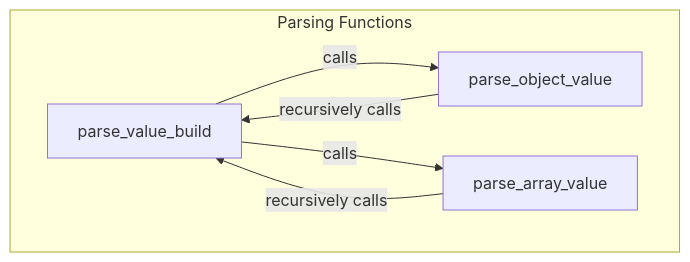
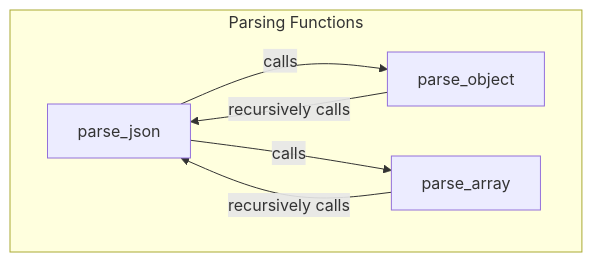
Before and after one commit to default-writer/c-json-parser: the diagram in call_graph.mmd, drawn with Mermaid. The commit also changed 17 other files, not shown here.

```diff
--- a/call_graph.mmd
+++ b/call_graph.mmd
@@ -1,11 +1,11 @@
 graph TD
     subgraph "Parsing Functions"
-        parse_value_build["parse_value_build"]
-        parse_object_value["parse_object_value"]
-        parse_array_value["parse_array_value"]
+        parse_json["parse_json"]
+        parse_object["parse_object"]
+        parse_array["parse_array"]
     end
 
-    parse_value_build -- calls --> parse_object_value;
-    parse_value_build -- calls --> parse_array_value;
-    parse_object_value -- recursively calls --> parse_value_build;
-    parse_array_value -- recursively calls --> parse_value_build;
+    parse_json -- calls --> parse_object;
+    parse_json -- calls --> parse_array;
+    parse_object -- recursively calls --> parse_json;
+    parse_array -- recursively calls --> parse_json;
```
